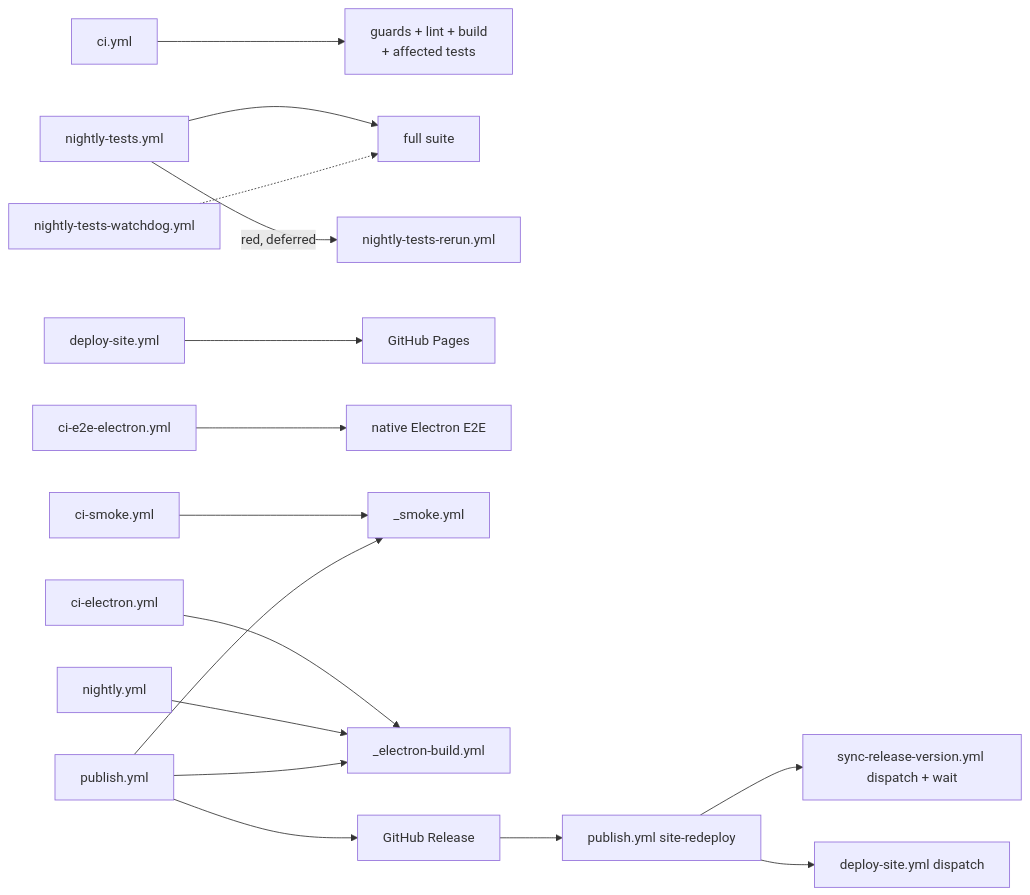
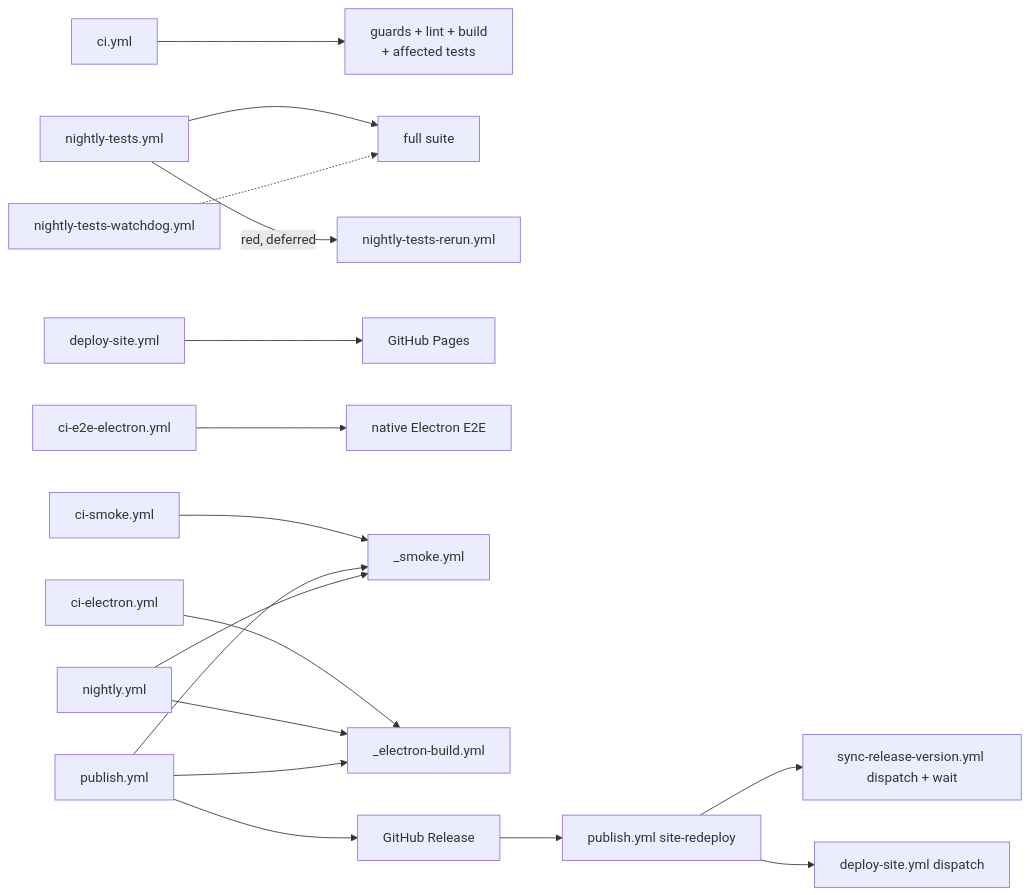
One commit to BlackBeltTechnology/pi-agent-dashboard changed the diagram in .pi/skills/ci-troubleshoot/references/workflow-taxonomy.md. Above: the diagram before and after it, drawn with Mermaid. The commit also changed other lines of this file and 45 other files, not shown here.

````diff
--- a/.pi/skills/ci-troubleshoot/references/workflow-taxonomy.md
+++ b/.pi/skills/ci-troubleshoot/references/workflow-taxonomy.md
@@ -30,18 +30,19 @@
 ```mermaid
 flowchart LR
   ci[ci.yml] --> checks[guards + lint + build<br/>+ affected tests]
   nightlyTests[nightly-tests.yml] --> full[full suite]
   nightlyTests -->|red, deferred| rerun[nightly-tests-rerun.yml]
   watchdog[nightly-tests-watchdog.yml] -.-> full
   deploy[deploy-site.yml] --> pages[GitHub Pages]
   native[ci-e2e-electron.yml] --> nativeTests[native Electron E2E]
   ciSmoke[ci-smoke.yml] --> smoke[_smoke.yml]
   publish[publish.yml] --> smoke
   ciElectron[ci-electron.yml] --> electron[_electron-build.yml]
   nightly[nightly.yml] --> electron
+  nightly --> smoke
   publish --> electron
   publish --> release[GitHub Release]
   release --> siteredeploy[publish.yml site-redeploy]
   siteredeploy --> sync[sync-release-version.yml dispatch + wait]
   siteredeploy --> deploydispatch[deploy-site.yml dispatch]
 ```
````
